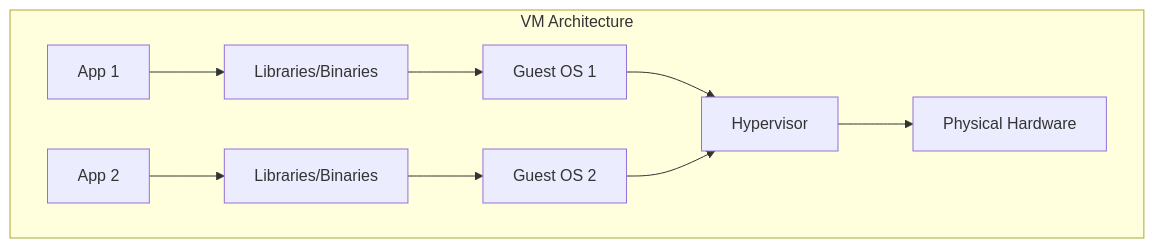
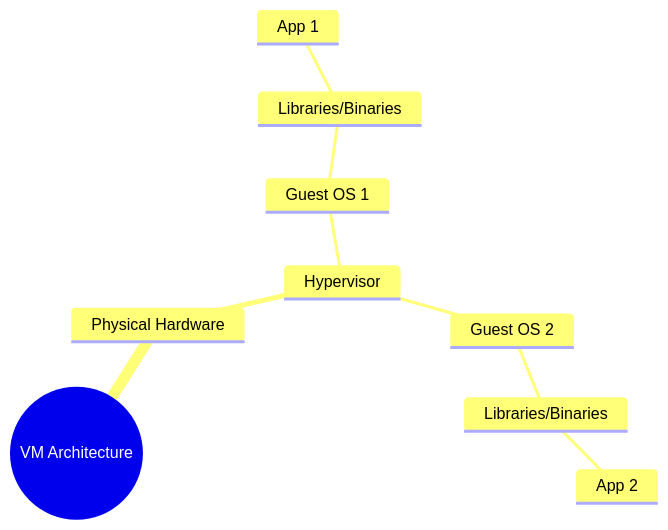
The first of 2 diagrams in content/articles/containers-vs-vms/index.md (dyotamo/blog), drawn with Mermaid before and after one commit. The commit also changed other lines of this file and 26 other files, not shown here.

````diff
--- a/content/articles/containers-vs-vms/index.md
+++ b/content/articles/containers-vs-vms/index.md
@@ -26,12 +26,12 @@
 ```mermaid
-graph TD
-    subgraph VM_Architecture [VM Architecture]
-        App1[App 1] --> Bins1[Libraries/Binaries]
-        App2[App 2] --> Bins2[Libraries/Binaries]
-        Bins1 --> OS1[Guest OS 1]
-        Bins2 --> OS2[Guest OS 2]
-        OS1 --> Hypervisor[Hypervisor]
-        OS2 --> Hypervisor
-        Hypervisor --> Hardware[Physical Hardware]
-    end
+mindmap
+  root((VM Architecture))
+    Physical Hardware
+      Hypervisor
+        Guest OS 1
+          Libraries/Binaries
+            App 1
+        Guest OS 2
+          Libraries/Binaries
+            App 2
 ```
````
